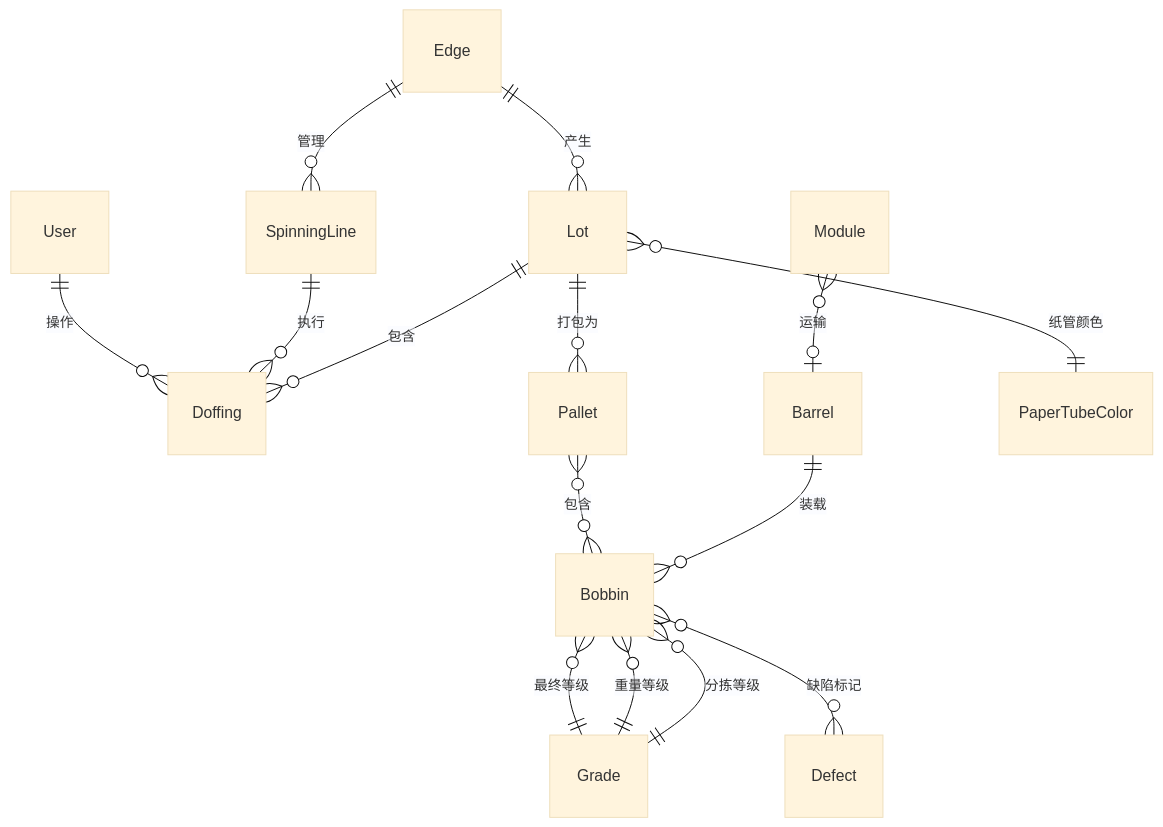
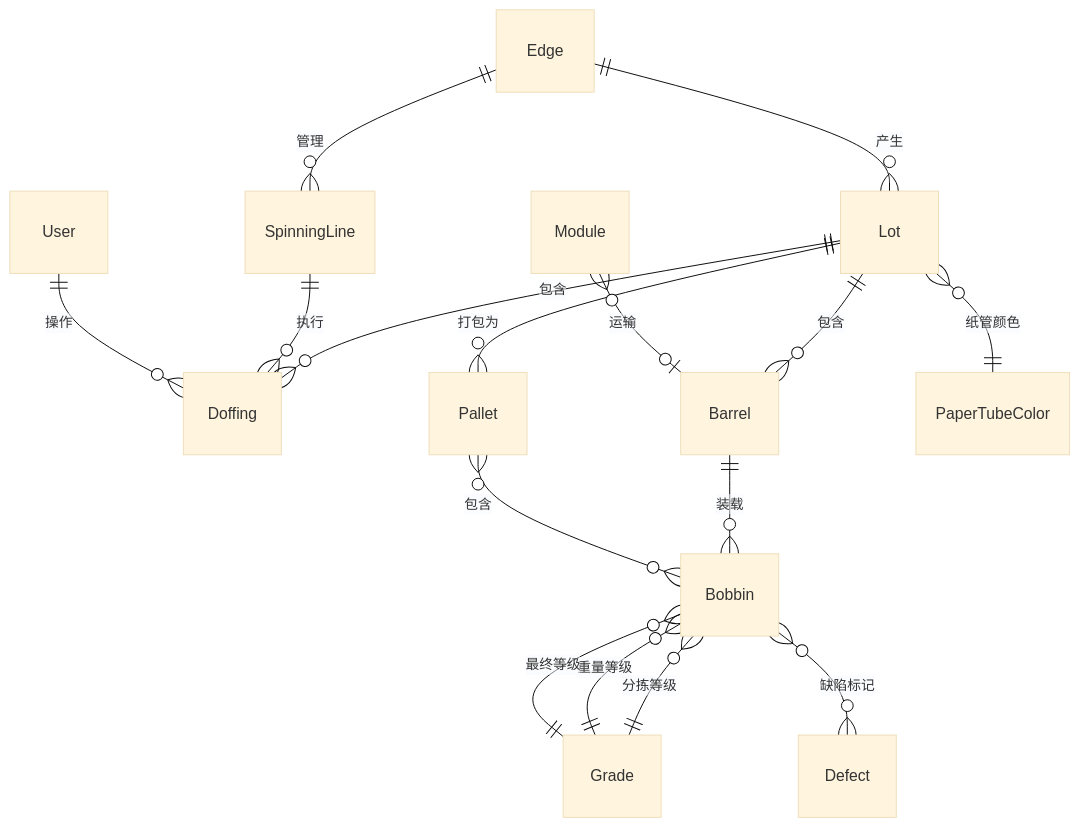
The diagram in docs/superpowers/specs/2026-09-29-v3-data-model-design.md (kpvcufighihigkkh-wq/SilkRoad), drawn with Mermaid (base theme) before and after one commit. The commit also changed other lines of this file and 1 other file, not shown here.

````diff
--- a/docs/superpowers/specs/2026-09-29-v3-data-model-design.md
+++ b/docs/superpowers/specs/2026-09-29-v3-data-model-design.md
@@ -348,21 +349,22 @@
 ```mermaid
 erDiagram
     Edge ||--o{ Lot : "产生"
     Lot ||--o{ Doffing : "包含"
+    Lot ||--o{ Barrel : "包含"
     Barrel ||--o{ Bobbin : "装载"
     Lot ||--o{ Pallet : "打包为"
     Pallet }o--o{ Bobbin : "包含"
     Module }o--o| Barrel : "运输"
     
     SpinningLine ||--o{ Doffing : "执行"
     User ||--o{ Doffing : "操作"
     
     Bobbin }o--|| Grade : "分拣等级"
     Bobbin }o--|| Grade : "重量等级"
     Bobbin }o--|| Grade : "最终等级"
     Bobbin }o--o{ Defect : "缺陷标记"
     
     Lot }o--|| PaperTubeColor : "纸管颜色"
     
     Edge ||--o{ SpinningLine : "管理"
 ```
````
